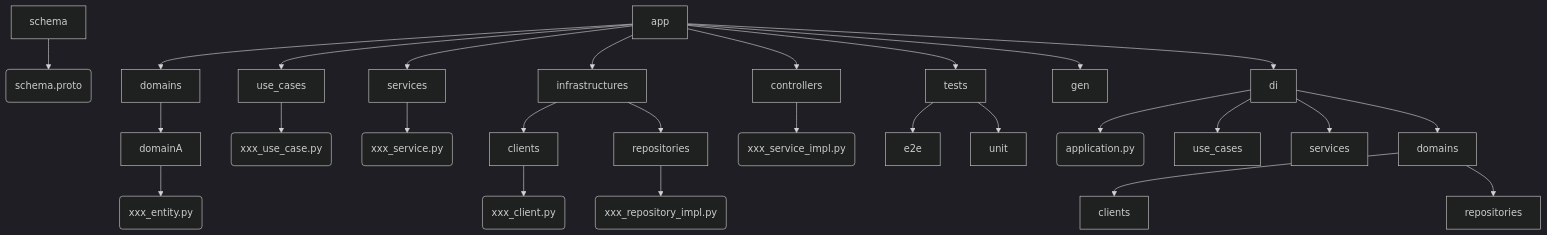
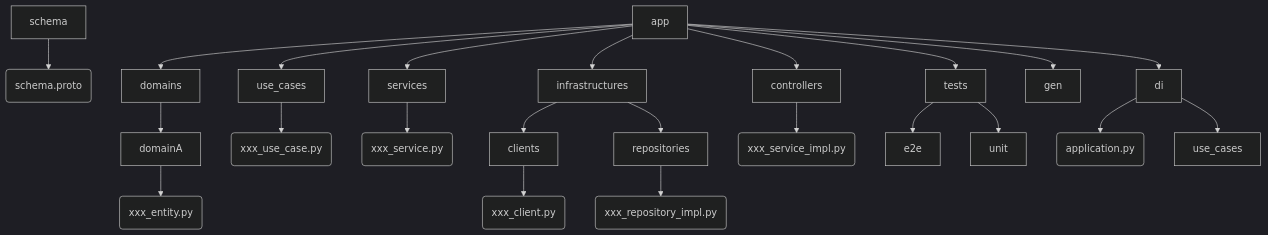
Before and after one commit to OhVIton/agepoyo: the second of 2 diagrams in designdoc.md, drawn with Mermaid (dark theme). The commit also changed 8 other files, not shown here.

````diff
--- a/designdoc.md
+++ b/designdoc.md
@@ -26,37 +26,33 @@
 ```mermaid
 flowchart TD
     schema --> schema.proto(schema.proto)
 
     app --> domains
     app --> use_cases
     app --> services
     app --> infrastructures
     app --> controllers
     app --> tests
     app --> gen
     app --> di
 
     domains --> domainA
     domainA --> xxx_entity.py(xxx_entity.py)
 
     use_cases --> xxx_use_case.py(xxx_use_case.py)
 
     services --> xxx_service.py(xxx_service.py)
 
     infrastructures --> infra-clients[clients]
     infra-clients --> xxx_client_impl.py(xxx_client.py)
     infrastructures --> repositories
     repositories --> xxx_repository_impl.py(xxx_repository_impl.py)
 
     controllers --> xxx_service_impl.py(xxx_service_impl.py)
 
     tests --> e2e
     tests --> unit
 
     di --> application.py(application.py)
     di --> di-use_cases[use_cases]
-    di --> di-services[services]
-    di --> di-domains[domains]
-    di-domains --> domain-clients[clients]
-    di-domains --> di-repositories[repositories]
 ```
````
